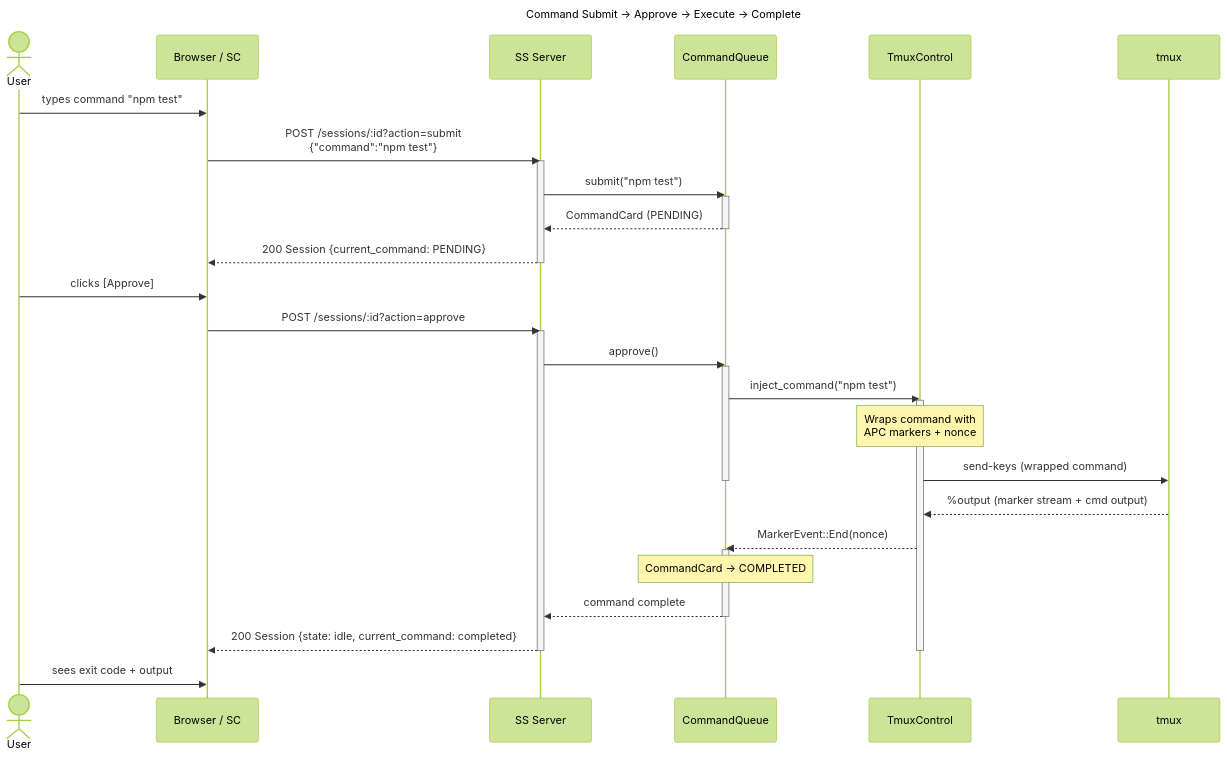
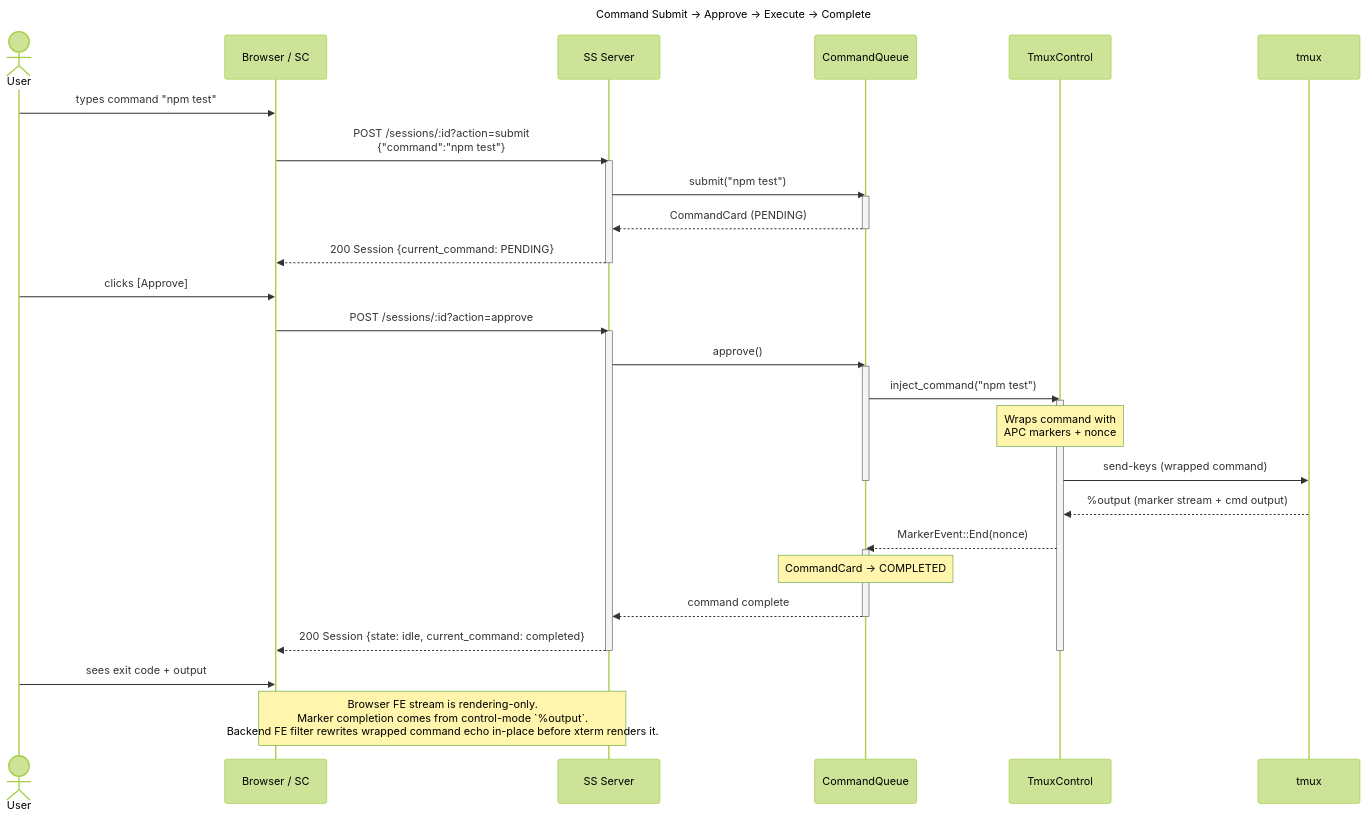
Before and after one commit to cfchou/shush: the second of 6 diagrams in docs/shush-v01-plan-diagrams.md, drawn with Mermaid (forest theme). The commit also changed other lines of this file and 8 other files, not shown here.

Commit message:
fix: complete marker flow on control mode

````diff
--- a/docs/shush-v01-plan-diagrams.md
+++ b/docs/shush-v01-plan-diagrams.md
@@ -132,50 +134,52 @@
 ```mermaid
 ---
 title: Command Submit → Approve → Execute → Complete
 ---
 sequenceDiagram
     actor User
     participant Client as Browser / SC
     participant SS as SS Server
     participant CQ as CommandQueue
     participant TCC as TmuxControl
     participant tmux
 
     User->>Client: types command "npm test"
 
     Client->>SS: POST /sessions/:id?action=submit<br>{"command":"npm test"}
     activate SS
     SS->>CQ: submit("npm test")
     activate CQ
     CQ-->>SS: CommandCard (PENDING)
     deactivate CQ
     SS-->>Client: 200 Session {current_command: PENDING}
     deactivate SS
 
     User->>Client: clicks [Approve]
 
     Client->>SS: POST /sessions/:id?action=approve
     activate SS
     SS->>CQ: approve()
     activate CQ
     CQ->>TCC: inject_command("npm test")
     activate TCC
 
     Note over TCC: Wraps command with<br>APC markers + nonce
 
     TCC->>tmux: send-keys (wrapped command)
     deactivate CQ
 
     tmux-->>TCC: %output (marker stream + cmd output)
     TCC-->>CQ: MarkerEvent::End(nonce)
     activate CQ
     Note over CQ: CommandCard → COMPLETED
     CQ-->>SS: command complete
     deactivate CQ
 
     SS-->>Client: 200 Session {state: idle, current_command: completed}
     deactivate SS
     deactivate TCC
 
     User->>Client: sees exit code + output
+
+    Note over SS,Client: Browser FE stream is rendering-only.<br/>Marker completion comes from control-mode `%output`.<br/>Backend FE filter rewrites wrapped command echo in-place before xterm renders it.
 ```
````
